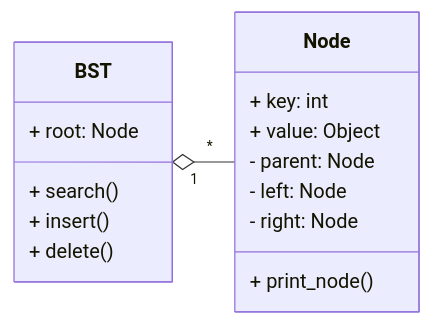
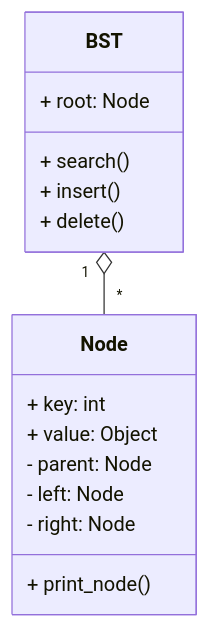
The diagram in docs/240528/diagram.md (I-gW-23-27/Skript), drawn with Mermaid before and after one commit.

Commit message:
Ändere die Orientierung

```diff
--- a/docs/240528/diagram.md
+++ b/docs/240528/diagram.md
@@ -1,23 +1,23 @@
 <div class="mermaid">
 classDiagram
-direction LR
+
     
 
     class Node {
         + key: int
         + value: Object
         - parent: Node
         - left: Node
         - right: Node
         + print_node()
     }
 
     class BST {
         + root: Node
         + search()
         + insert()
         + delete()
     }
 
     BST "1" o-- "*" Node
 </div>  
```
